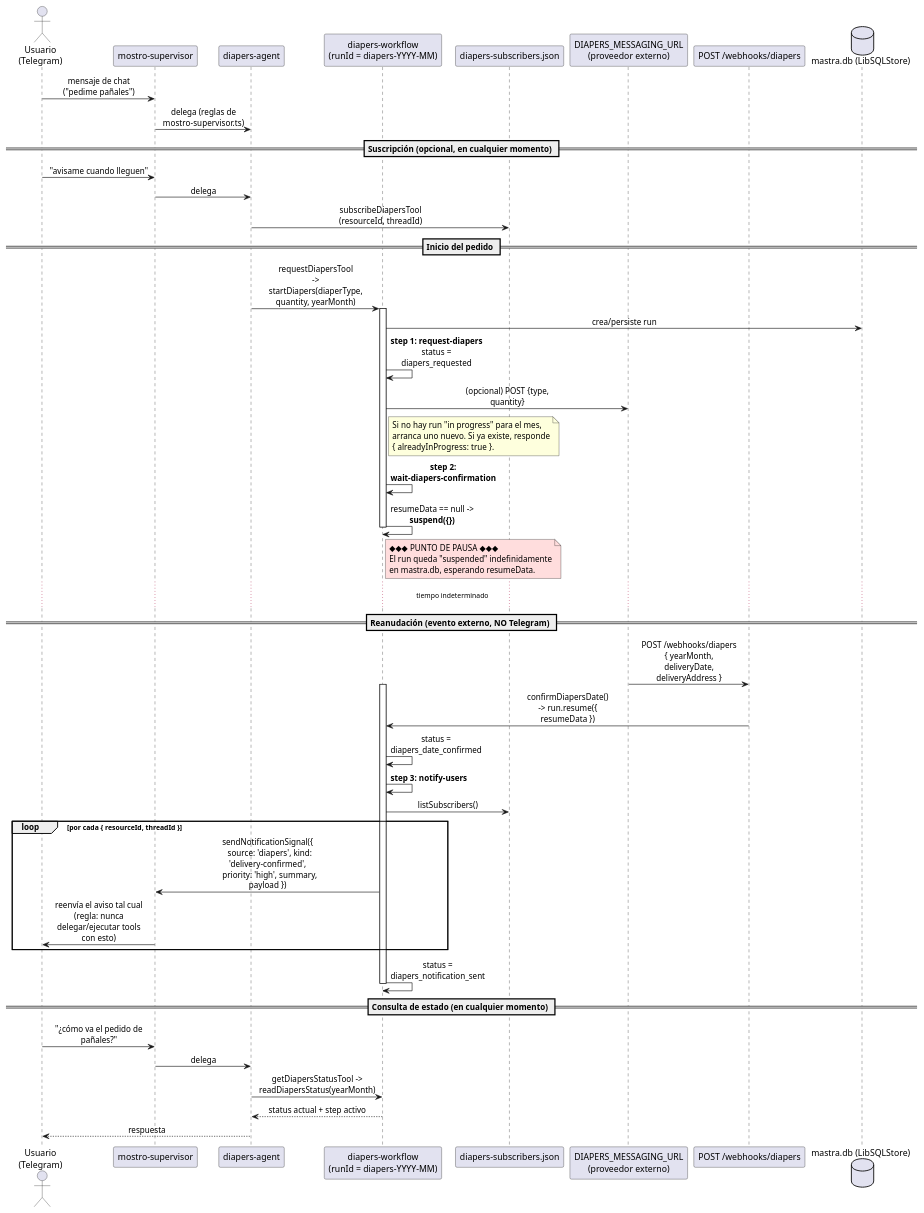
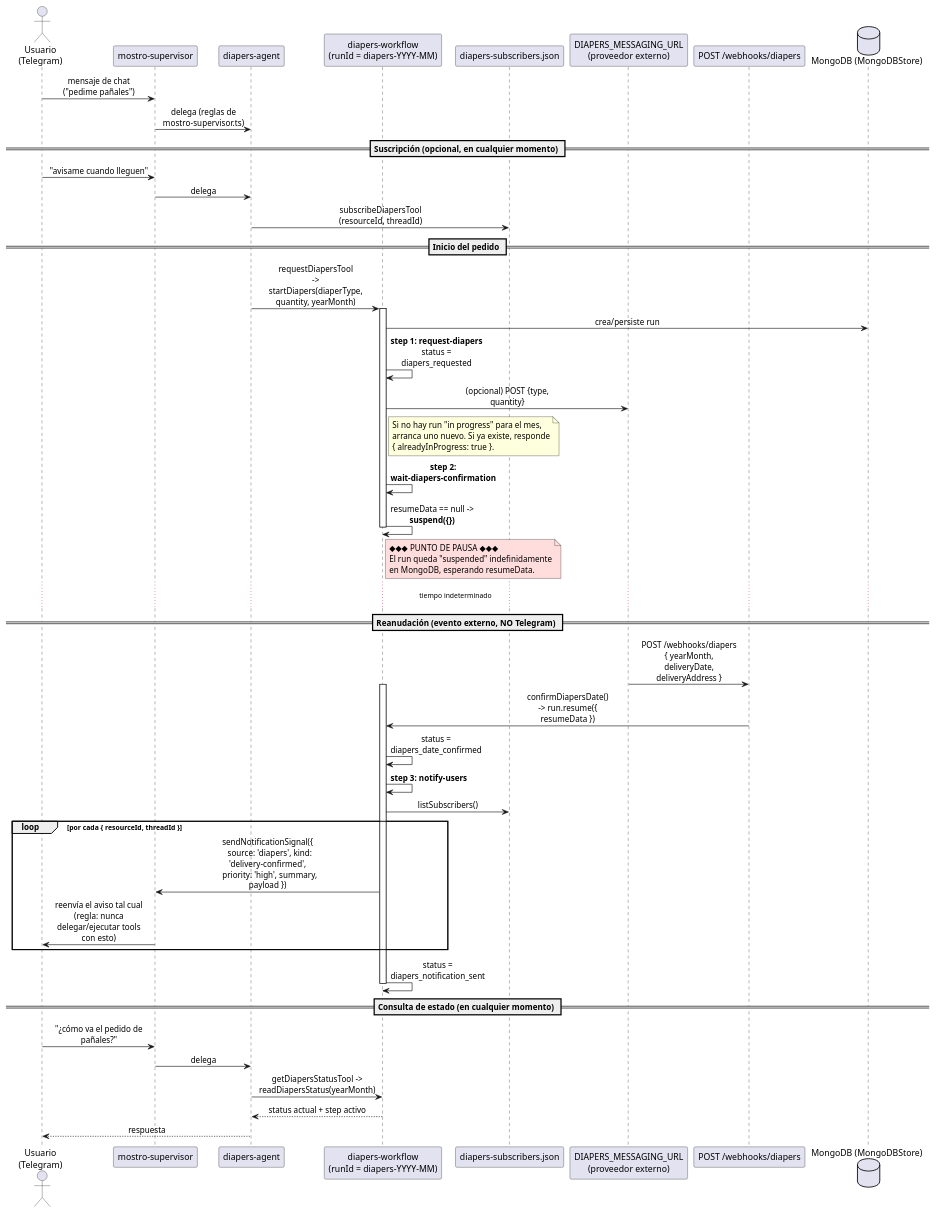
Before and after one commit to alex-bluetrain/mostro: the first of 2 diagrams in diapers-flow.md, drawn with PlantUML. The commit also changed other lines of this file and 4 other files, not shown here.

````diff
--- a/diapers-flow.md
+++ b/diapers-flow.md
@@ -7,68 +7,68 @@
 ```plantuml
 @startuml diapers-sequence
 skinparam sequenceMessageAlign center
 skinparam maxMessageSize 160
 
 actor "Usuario\n(Telegram)" as User
 participant "mostro-supervisor" as Supervisor
 participant "diapers-agent" as Agent
 participant "diapers-workflow\n(runId = diapers-YYYY-MM)" as WF
 participant "diapers-subscribers.json" as Subs
 participant "DIAPERS_MESSAGING_URL\n(proveedor externo)" as Provider
 participant "POST /webhooks/diapers" as Webhook
-database "mastra.db (LibSQLStore)" as DB
+database "MongoDB (MongoDBStore)" as DB
 
 User -> Supervisor: mensaje de chat\n("pedime pañales")
 Supervisor -> Agent: delega (reglas de mostro-supervisor.ts)
 
 == Suscripción (opcional, en cualquier momento) ==
 User -> Supervisor: "avisame cuando lleguen"
 Supervisor -> Agent: delega
 Agent -> Subs: subscribeDiapersTool\n(resourceId, threadId)
 
 == Inicio del pedido ==
 Agent -> WF: requestDiapersTool\n-> startDiapers(diaperType, quantity, yearMonth)
 activate WF
 WF -> DB: crea/persiste run
 WF -> WF: **step 1: request-diapers**\nstatus = diapers_requested
 WF -> Provider: (opcional) POST {type, quantity}
 note right of WF
   Si no hay run "in progress" para el mes,
   arranca uno nuevo. Si ya existe, responde
   { alreadyInProgress: true }.
 end note
 
 WF -> WF: **step 2: wait-diapers-confirmation**
 WF -> WF: resumeData == null -> **suspend({})**
 note right of WF #FFDDDD
   ◆◆◆ PUNTO DE PAUSA ◆◆◆
   El run queda "suspended" indefinidamente
-  en mastra.db, esperando resumeData.
+  en MongoDB, esperando resumeData.
 end note
 deactivate WF
 
 ... tiempo indeterminado ...
 
 == Reanudación (evento externo, NO Telegram) ==
 Provider -> Webhook: POST /webhooks/diapers\n{ yearMonth, deliveryDate, deliveryAddress }
 activate WF
 Webhook -> WF: confirmDiapersDate()\n-> run.resume({ resumeData })
 WF -> WF: status = diapers_date_confirmed
 
 WF -> WF: **step 3: notify-users**
 WF -> Subs: listSubscribers()
 loop por cada { resourceId, threadId }
   WF -> Supervisor: sendNotificationSignal({\n  source: 'diapers', kind: 'delivery-confirmed',\n  priority: 'high', summary, payload })
   Supervisor -> User: reenvía el aviso tal cual\n(regla: nunca delegar/ejecutar tools con esto)
 end
 WF -> WF: status = diapers_notification_sent
 deactivate WF
 
 == Consulta de estado (en cualquier momento) ==
 User -> Supervisor: "¿cómo va el pedido de pañales?"
 Supervisor -> Agent: delega
 Agent -> WF: getDiapersStatusTool -> readDiapersStatus(yearMonth)
 WF --> Agent: status actual + step activo
 Agent --> User: respuesta
 @enduml
 ```
````
